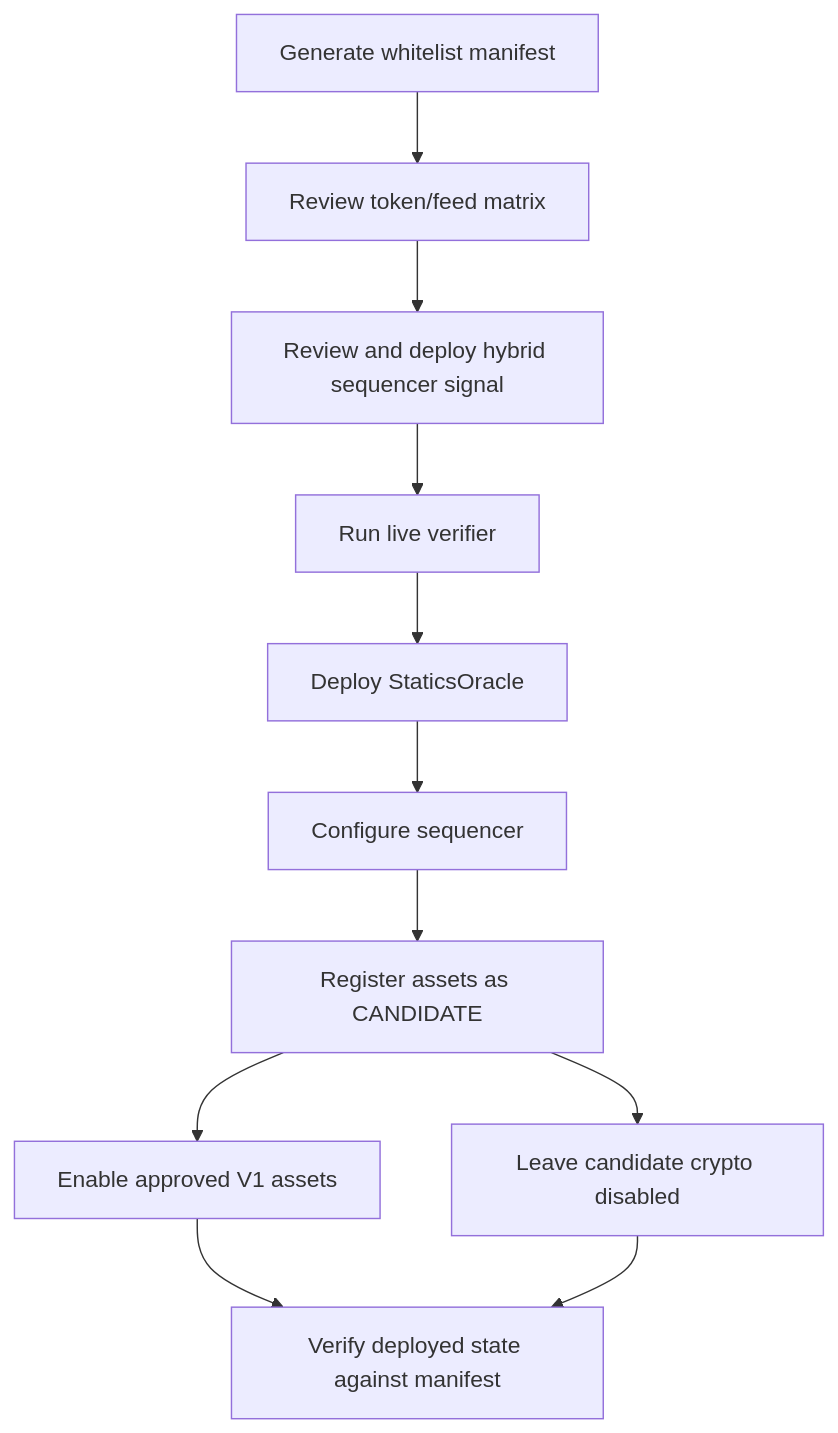
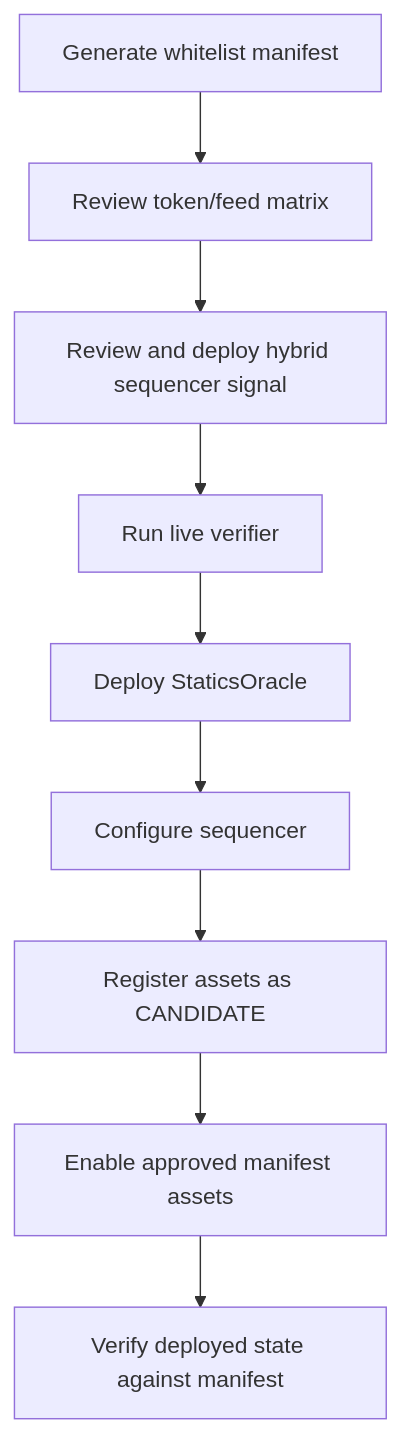
One commit to EqualFiLabs/statics-oracle changed the fourth of 4 diagrams in specs/design.md. Above: the diagram before and after it, drawn with Mermaid. The commit also changed 9 other files, not shown here.

````diff
--- a/specs/design.md
+++ b/specs/design.md
@@ -1300,24 +1300,21 @@
 ```mermaid
 flowchart TD
     A[Generate whitelist manifest]
     B[Review token/feed matrix]
     C[Review and deploy hybrid sequencer signal]
     D[Run live verifier]
     E[Deploy StaticsOracle]
     F[Configure sequencer]
     G[Register assets as CANDIDATE]
-    H[Enable approved V1 assets]
-    I[Leave candidate crypto disabled]
+    H[Enable approved manifest assets]
     J[Verify deployed state against manifest]
 
     A --> B
     B --> C
     C --> D
     D --> E
     E --> F
     F --> G
     G --> H
-    G --> I
     H --> J
-    I --> J
 ```
````
